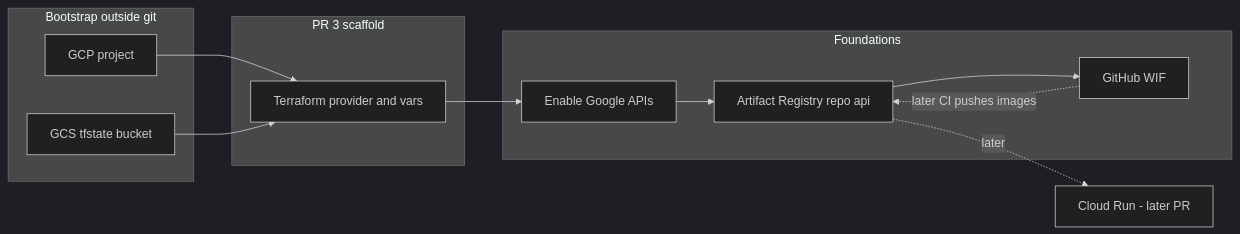
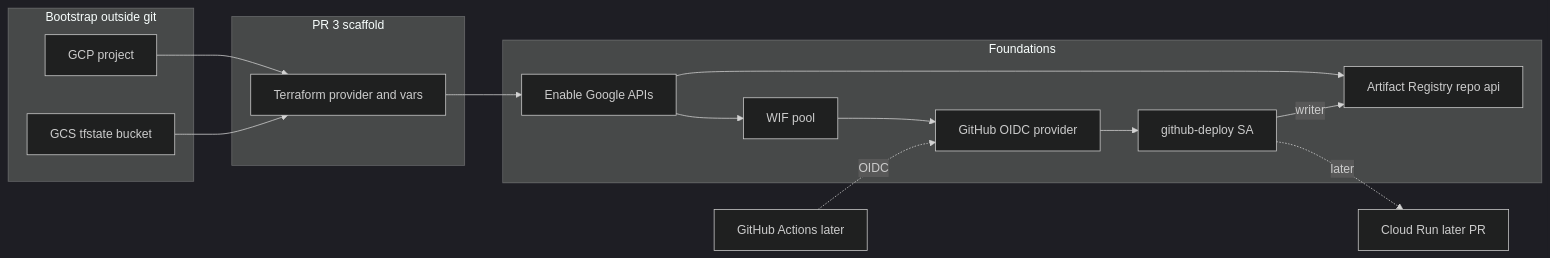
Before and after one commit to andrewtclim/meal-prep-app: the third of 3 diagrams in review_sessions/blog_post_10.07_10.14_week1_setup.md, drawn with Mermaid (dark theme). The commit also changed other lines of this file, not shown here.

Commit message:
Expand Week 1 review post with WIF walkthrough

````diff
--- a/review_sessions/blog_post_10.07_10.14_week1_setup.md
+++ b/review_sessions/blog_post_10.07_10.14_week1_setup.md
@@ -190,20 +289,24 @@
 ```mermaid
 flowchart LR
   subgraph bootstrap [Bootstrap outside git]
     Proj[GCP project]
     StateBucket[GCS tfstate bucket]
   end
   subgraph scaffold [PR 3 scaffold]
     TF[Terraform provider and vars]
   end
   subgraph foundations [Foundations]
     APIs[Enable Google APIs]
     AR[Artifact Registry repo api]
-    WIF[GitHub WIF]
+    Pool[WIF pool]
+    Prov[GitHub OIDC provider]
+    SA[github-deploy SA]
   end
   Proj --> TF
   StateBucket --> TF
-  TF --> APIs --> AR --> WIF
-  WIF -.->|later CI pushes images| AR
-  AR -.->|later| CloudRun[Cloud Run - later PR]
+  TF --> APIs --> AR
+  APIs --> Pool --> Prov --> SA
+  SA -->|writer| AR
+  GH[GitHub Actions later] -.->|OIDC| Prov
+  SA -.->|later| CloudRun[Cloud Run later PR]
 ```
````
